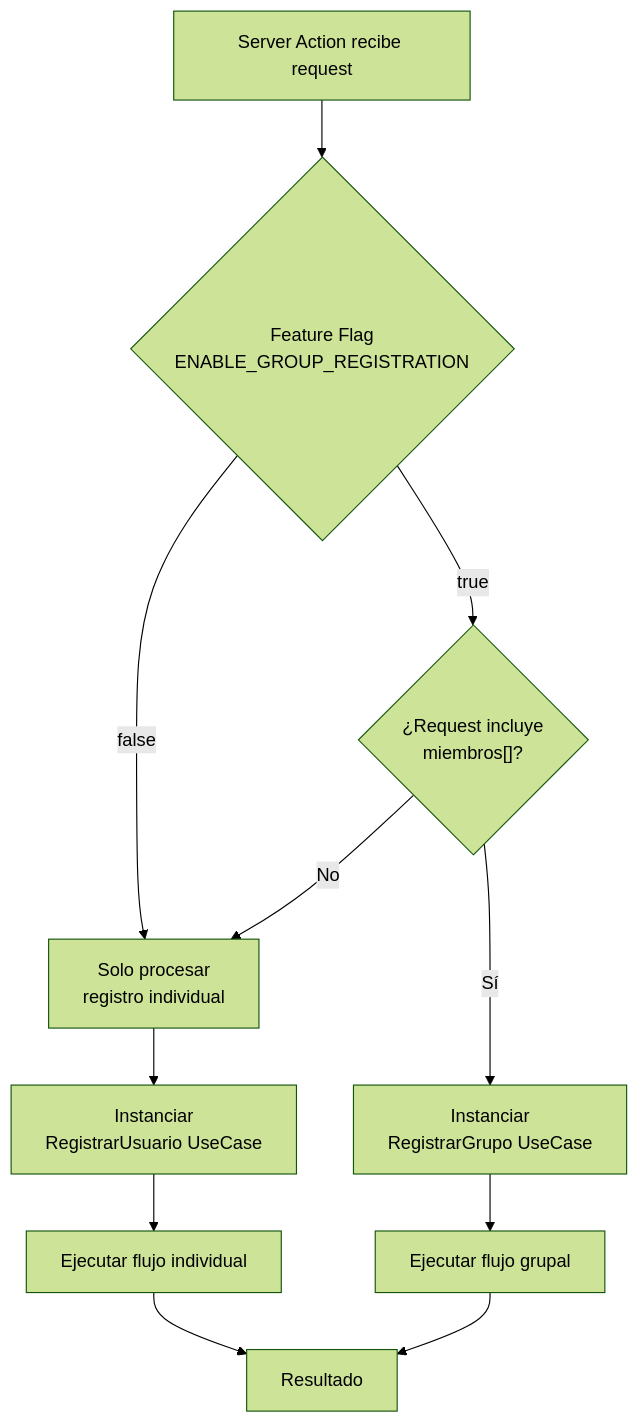
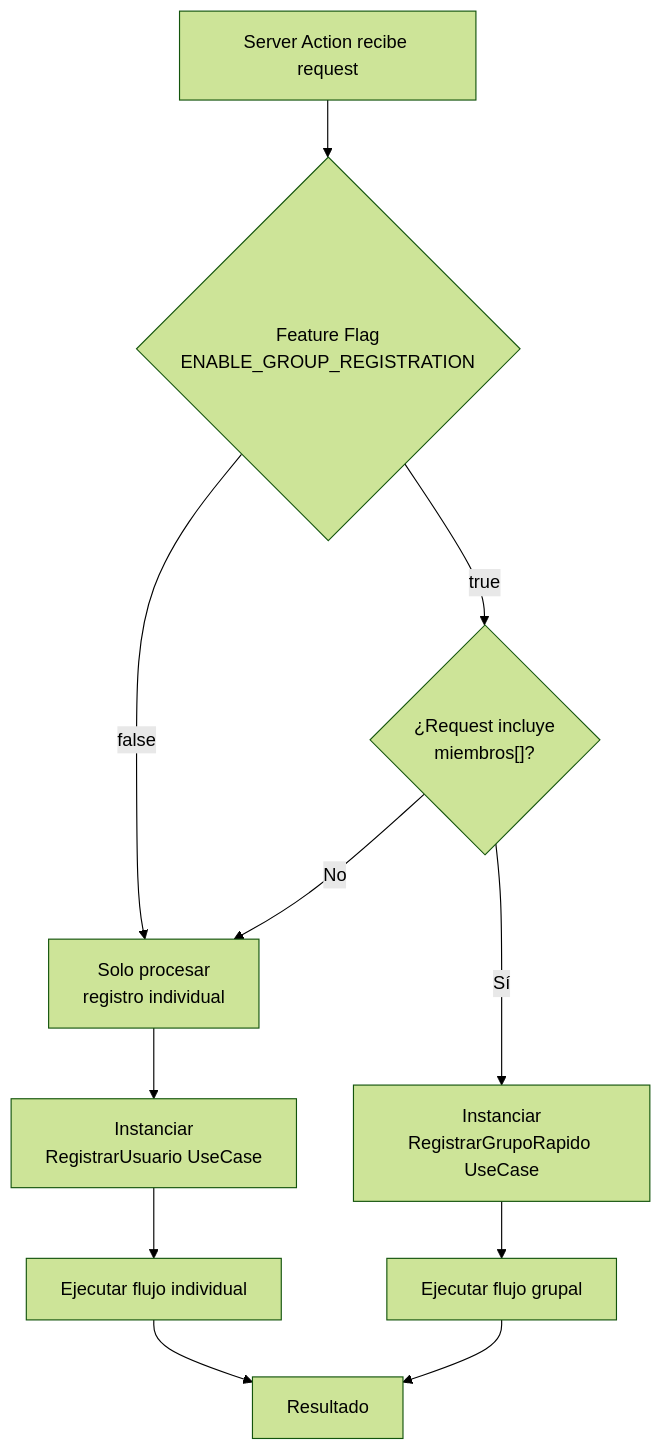
Before and after one commit to iKinoo/aniei-registro-2026: the ninth of 14 diagrams in docs/DESIGN.md, drawn with Mermaid (forest theme). The commit also changed other lines of this file and 7 other files, not shown here.

Commit message:
refactor: group registration flow to use RegistrarGrupoRapido and remove legacy components

````diff
--- a/docs/DESIGN.md
+++ b/docs/DESIGN.md
@@ -923,19 +923,19 @@
 ```mermaid
 flowchart TD
     A[Server Action recibe request]--> B{Feature Flag<br/>ENABLE_GROUP_REGISTRATION}
     
     B -->|false| C[Solo procesar<br/>registro individual]
     
     B -->|true| D{"¿Request incluye<br/>miembros[]?"}
     
     D -->|No| C
-    D -->|Sí| E[Instanciar<br/>RegistrarGrupo UseCase]
+    D -->|Sí| E[Instanciar<br/>RegistrarGrupoRapido UseCase]
     
     C --> F[Instanciar<br/>RegistrarUsuario UseCase]
     
     E --> G[Ejecutar flujo grupal]
     F --> H[Ejecutar flujo individual]
     
     G --> I[Resultado]
     H --> I
 ```
````
